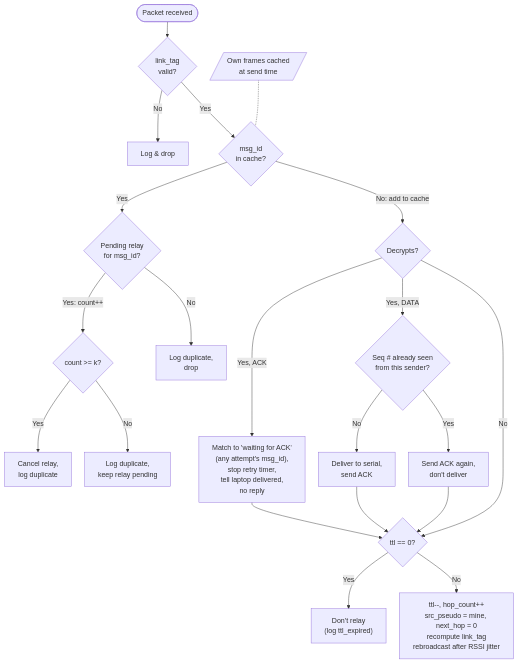
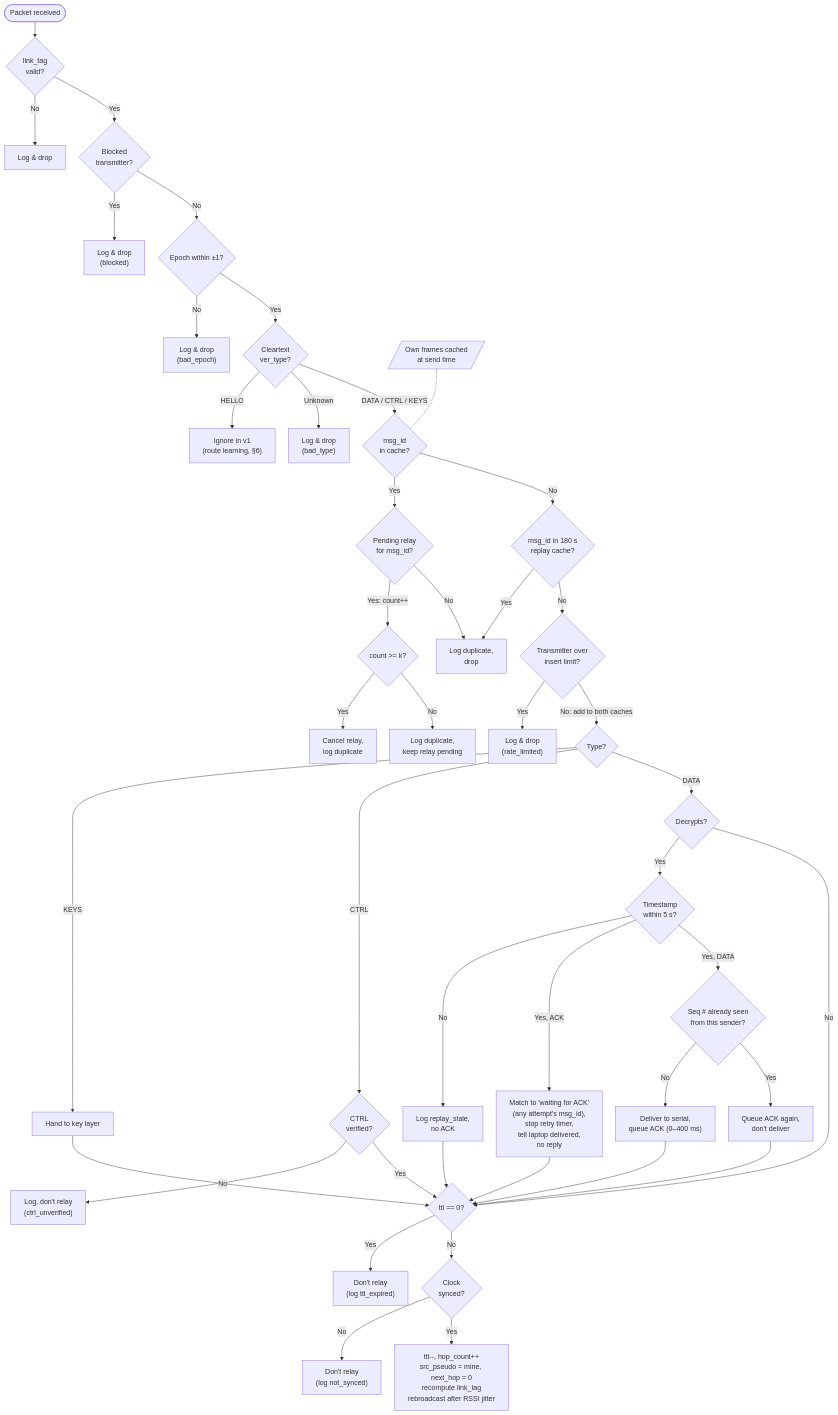
One commit to GhostMeshIPS/GhostMesh changed the first of 2 diagrams in PROTOCOL.md. Above: the diagram before and after it, drawn with Mermaid. The commit also changed other lines of this file and 2 other files, not shown here.

````diff
--- a/PROTOCOL.md
+++ b/PROTOCOL.md
@@ -43,27 +45,52 @@
 ```mermaid
 %%{init: {"flowchart": {"nodeSpacing": 30, "rankSpacing": 35}}}%%
 flowchart TD
     RX([Packet received]) --> LT{"link_tag<br>valid?"}
     LT -->|No| LTD["Log & drop"]
-    LT -->|Yes| SC{"msg_id<br>in cache?"}
+    LT -->|Yes| BL{"Blocked<br>transmitter?"}
+    BL -->|Yes| BLD["Log & drop<br>(blocked)"]
+    BL -->|No| EP{"Epoch within ±1?"}
+    EP -->|No| EPD["Log & drop<br>(bad_epoch)"]
+    EP -->|Yes| VT{"Cleartext<br>ver_type?"}
+    VT -->|HELLO| HEL["Ignore in v1<br>(route learning, §6)"]
+    VT -->|Unknown| BT["Log & drop<br>(bad_type)"]
+    VT -->|"DATA / CTRL / KEYS"| SC{"msg_id<br>in cache?"}
     NOTE[/"Own frames cached<br>at send time"/] -.- SC
 
     SC -->|Yes| PR{"Pending relay<br>for msg_id?"}
     PR -->|"Yes: count++"| KC{"count >= k?"}
     KC -->|Yes| CPR["Cancel relay,<br>log duplicate"]
     KC -->|No| KEEP["Log duplicate,<br>keep relay pending"]
     PR -->|No| LD["Log duplicate,<br>drop"]
 
-    SC -->|"No: add to cache"| CMD{"Decrypts?"}
-    CMD -->|"Yes, ACK"| MNR["Match to 'waiting for ACK'<br>(any attempt's msg_id),<br>stop retry timer,<br>tell laptop delivered,<br>no reply"]    
-    CMD -->|"Yes, DATA"| SEQ{"Seq # already seen<br>from this sender?"}
-    SEQ -->|No| DSA["Deliver to serial,<br>send ACK"]
-    SEQ -->|Yes| REACK["Send ACK again,<br>don't deliver"]
-    REACK --> TTL    
+    SC -->|No| LC{"msg_id in 180 s<br>replay cache?"}
+    LC -->|Yes| LD
+    LC -->|No| RL{"Transmitter over<br>insert limit?"}
+    RL -->|Yes| RLD["Log & drop<br>(rate_limited)"]
+    RL -->|"No: add to both caches"| TY{"Type?"}
+
+    TY -->|KEYS| KEYS["Hand to key layer"]
+    TY -->|CTRL| CV{"CTRL<br>verified?"}
+    CV -->|No| CVD["Log, don't relay<br>(ctrl_unverified)"]
+    TY -->|DATA| CMD{"Decrypts?"}
+
+    CMD -->|Yes| FR{"Timestamp<br>within 5 s?"}
+    FR -->|No| STALE["Log replay_stale,<br>no ACK"]
+    FR -->|"Yes, ACK"| MNR["Match to 'waiting for ACK'<br>(any attempt's msg_id),<br>stop retry timer,<br>tell laptop delivered,<br>no reply"]
+    FR -->|"Yes, DATA"| SEQ{"Seq # already seen<br>from this sender?"}
+    SEQ -->|No| DSA["Deliver to serial,<br>queue ACK (0–400 ms)"]
+    SEQ -->|Yes| REACK["Queue ACK again,<br>don't deliver"]
+
     CMD -->|No| TTL{"ttl == 0?"}
+    KEYS --> TTL
+    CV -->|Yes| TTL
+    STALE --> TTL
     MNR --> TTL
     DSA --> TTL
+    REACK --> TTL
 
     TTL -->|Yes| DR["Don't relay<br>(log ttl_expired)"]
-    TTL -->|No| REL["ttl--, hop_count++<br>src_pseudo = mine, next_hop = 0<br>recompute link_tag<br>rebroadcast after RSSI jitter"]
+    TTL -->|No| SY{"Clock<br>synced?"}
+    SY -->|No| NS["Don't relay<br>(log not_synced)"]
+    SY -->|Yes| REL["ttl--, hop_count++<br>src_pseudo = mine, next_hop = 0<br>recompute link_tag<br>rebroadcast after RSSI jitter"]
 ```
````
